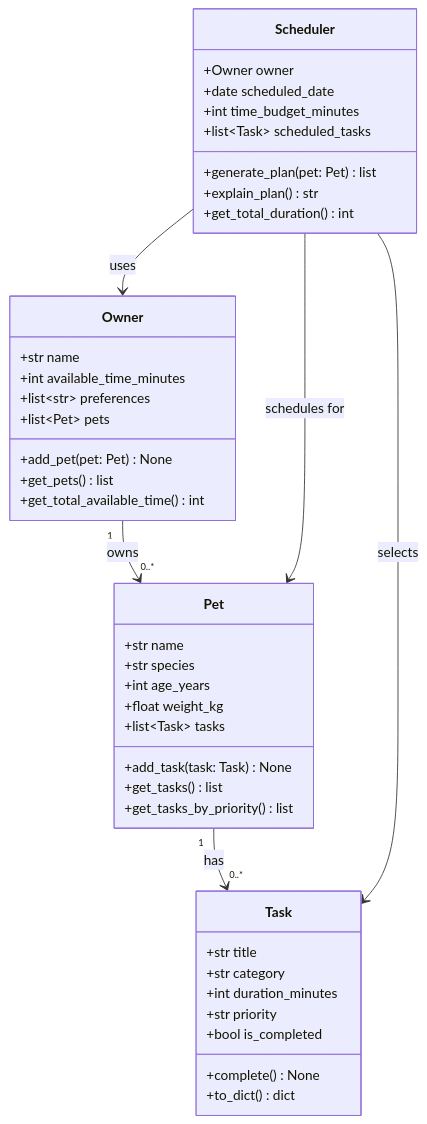
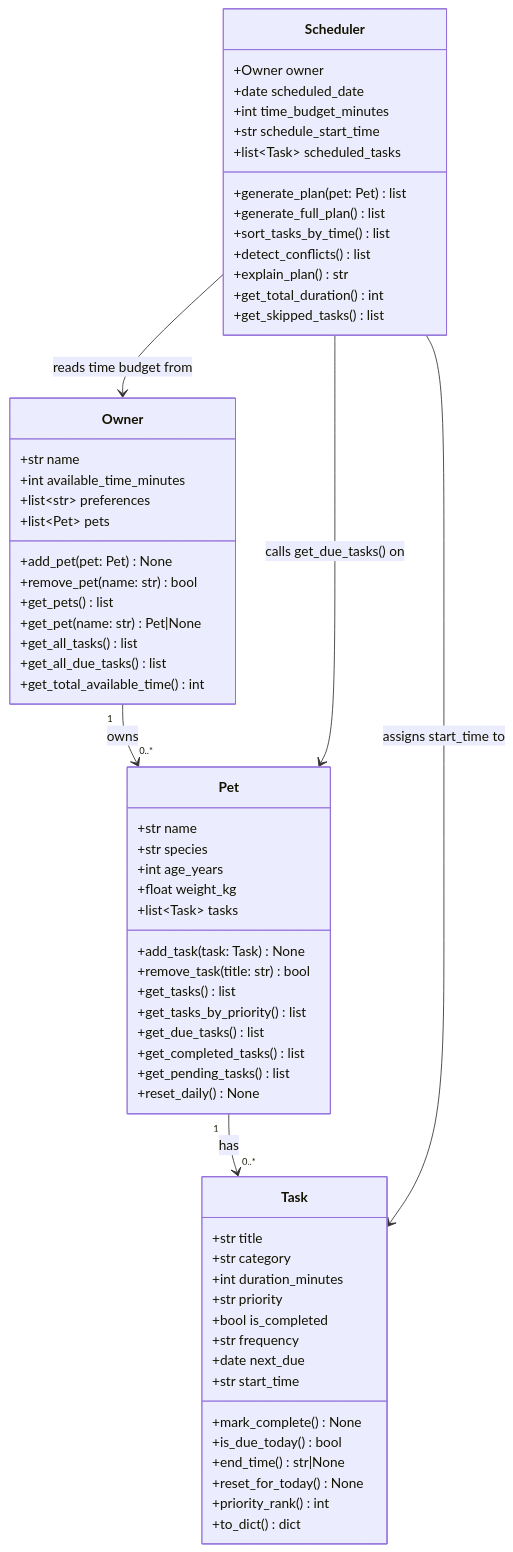
Before and after one commit to Z0Z0-12/ai110-module2show-pawpal-starter: the diagram in reflection.md, drawn with Mermaid. The commit also changed other lines of this file and 2 other files, not shown here.

First line of the commit message:
feat: polish UI, finalise UML, and complete reflection

````diff
--- a/reflection.md
+++ b/reflection.md
@@ -17,49 +17,70 @@
 ```mermaid
 classDiagram
     class Owner {
         +str name
         +int available_time_minutes
         +list~str~ preferences
         +list~Pet~ pets
         +add_pet(pet: Pet) None
+        +remove_pet(name: str) bool
         +get_pets() list
+        +get_pet(name: str) Pet|None
+        +get_all_tasks() list
+        +get_all_due_tasks() list
         +get_total_available_time() int
     }
 
     class Pet {
         +str name
         +str species
         +int age_years
         +float weight_kg
         +list~Task~ tasks
         +add_task(task: Task) None
+        +remove_task(title: str) bool
         +get_tasks() list
         +get_tasks_by_priority() list
+        +get_due_tasks() list
+        +get_completed_tasks() list
+        +get_pending_tasks() list
+        +reset_daily() None
     }
 
     class Task {
         +str title
         +str category
         +int duration_minutes
         +str priority
         +bool is_completed
-        +complete() None
+        +str frequency
+        +date next_due
+        +str start_time
+        +mark_complete() None
+        +is_due_today() bool
+        +end_time() str|None
+        +reset_for_today() None
+        +priority_rank() int
         +to_dict() dict
     }
 
     class Scheduler {
         +Owner owner
         +date scheduled_date
         +int time_budget_minutes
+        +str schedule_start_time
         +list~Task~ scheduled_tasks
         +generate_plan(pet: Pet) list
+        +generate_full_plan() list
+        +sort_tasks_by_time() list
+        +detect_conflicts() list
         +explain_plan() str
         +get_total_duration() int
+        +get_skipped_tasks() list
     }
 
     Owner "1" --> "0..*" Pet : owns
     Pet "1" --> "0..*" Task : has
-    Scheduler --> Owner : uses
-    Scheduler --> Pet : schedules for
-    Scheduler --> Task : selects
+    Scheduler --> Owner : reads time budget from
+    Scheduler --> Pet : calls get_due_tasks() on
+    Scheduler --> Task : assigns start_time to
 ```
````
